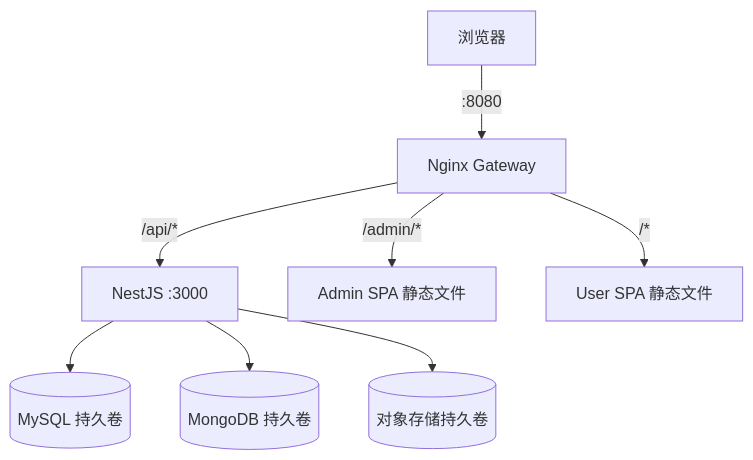
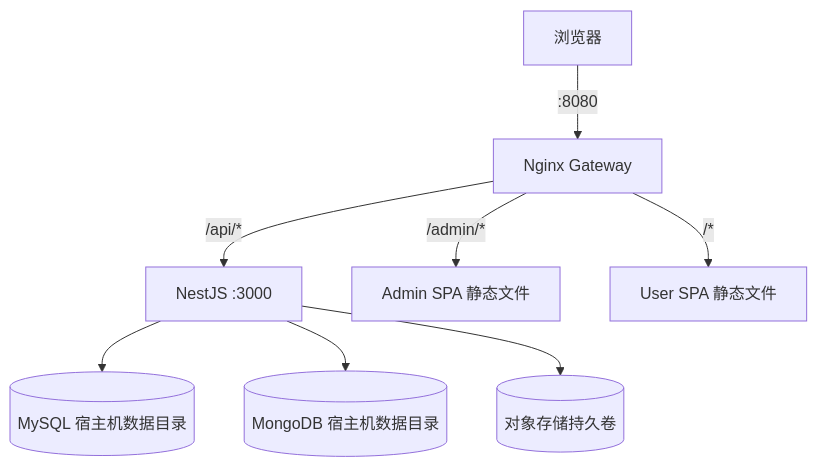
The seventh of 7 diagrams in docs/backend-architecture.md (Duex-long/wuxu-platform), drawn with Mermaid before and after one commit. The commit also changed other lines of this file and 9 other files, not shown here.

````diff
--- a/docs/backend-architecture.md
+++ b/docs/backend-architecture.md
@@ -586,10 +586,10 @@
 ```mermaid
 flowchart TB
     CLIENT[浏览器] -->|:8080| GW[Nginx Gateway]
     GW -->|/api/*| API[NestJS :3000]
     GW -->|/admin/*| ADMIN[Admin SPA 静态文件]
     GW -->|/*| USER[User SPA 静态文件]
-    API --> MYSQL[(MySQL 持久卷)]
-    API --> MONGO[(MongoDB 持久卷)]
+    API --> MYSQL[(MySQL 宿主机数据目录)]
+    API --> MONGO[(MongoDB 宿主机数据目录)]
     API --> S3[(对象存储持久卷)]
 ```
````
